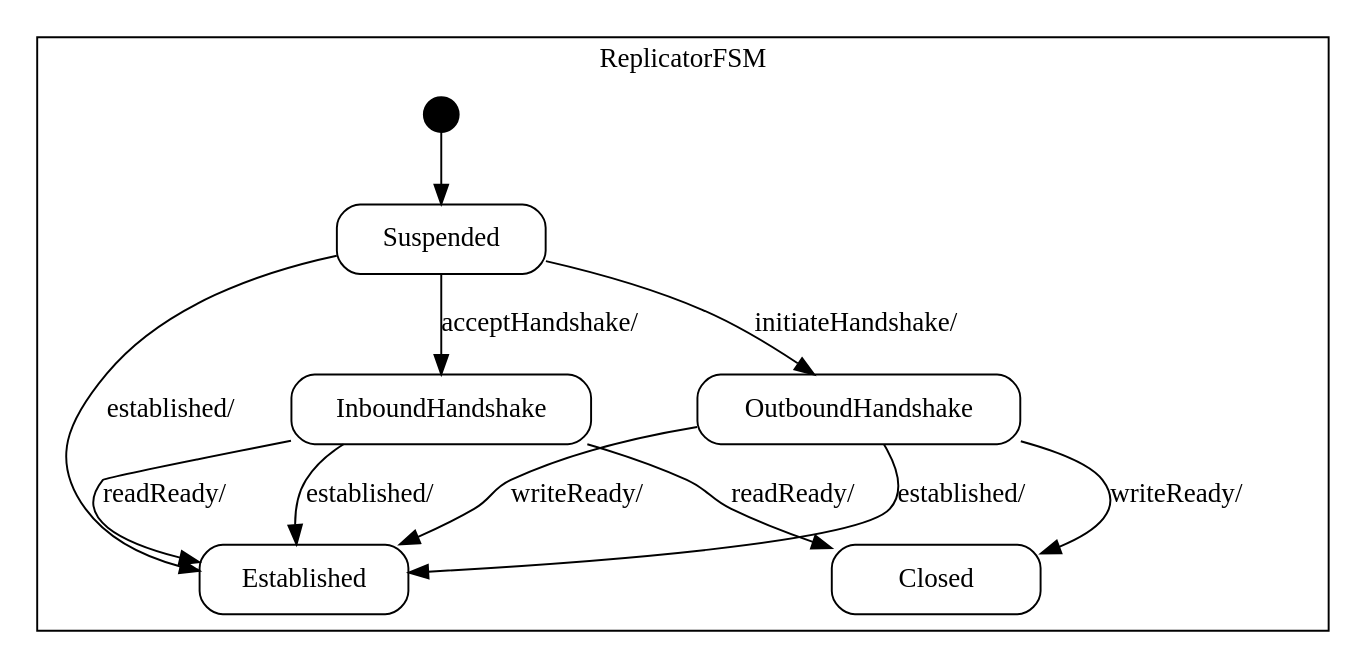
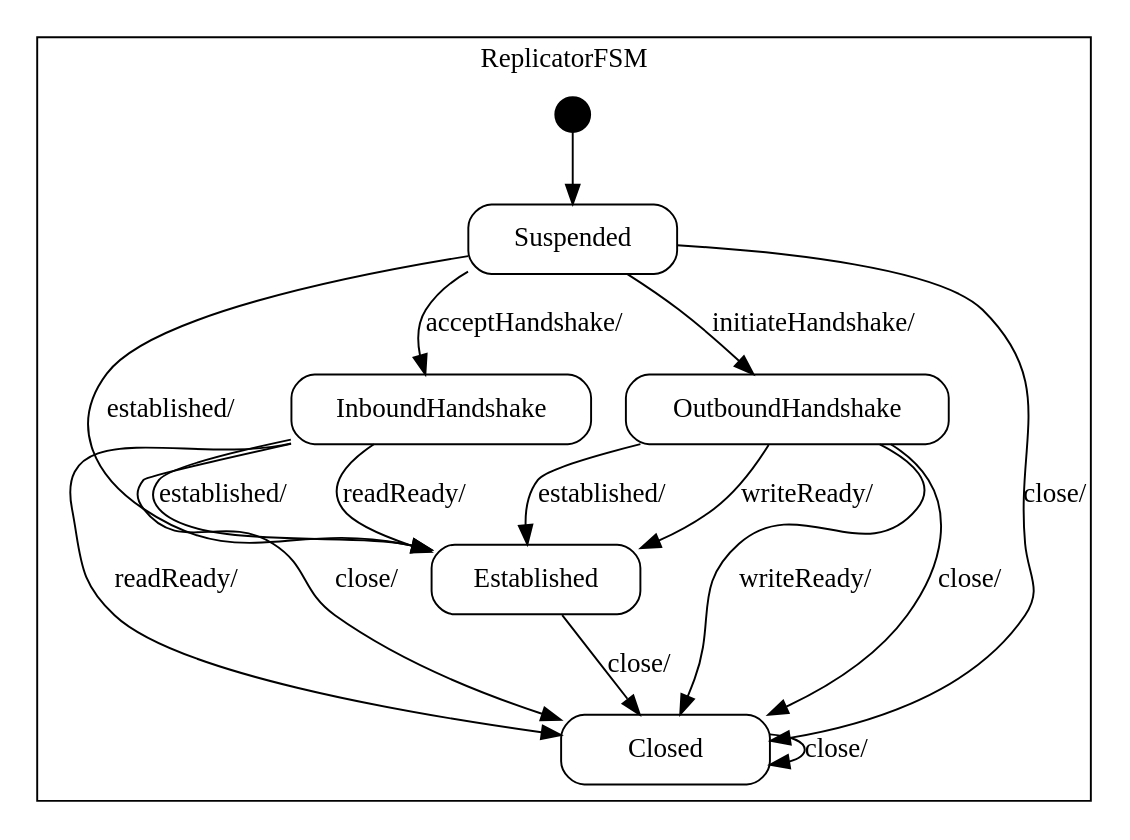
The diagram in spindle/doc/Replicator_sm.dot (vmehra-sfdc/Ouroboros), drawn with Graphviz before and after one commit. The commit also changed 38 other files, not shown here.

```diff
--- a/spindle/doc/Replicator_sm.dot
+++ b/spindle/doc/Replicator_sm.dot
@@ -1,66 +1,81 @@
 digraph Replicator {
 
     node
         [shape=Mrecord width=1.5];
 
     subgraph cluster_ReplicatorFSM {
 
         label="ReplicatorFSM";
 
         //
         // States (Nodes)
         //
 
         "ReplicatorFSM::Suspended"
             [label="{Suspended}"];
 
         "ReplicatorFSM::Established"
             [label="{Established}"];
 
         "ReplicatorFSM::InboundHandshake"
             [label="{InboundHandshake}"];
 
         "ReplicatorFSM::OutboundHandshake"
             [label="{OutboundHandshake}"];
 
         "ReplicatorFSM::Closed"
             [label="{Closed}"];
 
         "%start"
             [label="" shape=circle style=filled fillcolor=black width=0.25];
 
         //
         // Transitions (Edges)
         //
 
         "ReplicatorFSM::Suspended" -> "ReplicatorFSM::Established"
             [label="established/\l"];
 
         "ReplicatorFSM::Suspended" -> "ReplicatorFSM::OutboundHandshake"
             [label="initiateHandshake/\l"];
 
         "ReplicatorFSM::Suspended" -> "ReplicatorFSM::InboundHandshake"
             [label="acceptHandshake/\l"];
 
+        "ReplicatorFSM::Suspended" -> "ReplicatorFSM::Closed"
+            [label="close/\l"];
+
+        "ReplicatorFSM::Established" -> "ReplicatorFSM::Closed"
+            [label="close/\l"];
+
         "ReplicatorFSM::InboundHandshake" -> "ReplicatorFSM::Closed"
             [label="readReady/\l"];
 
         "ReplicatorFSM::InboundHandshake" -> "ReplicatorFSM::Established"
             [label="readReady/\l"];
 
         "ReplicatorFSM::InboundHandshake" -> "ReplicatorFSM::Established"
             [label="established/\l"];
+
+        "ReplicatorFSM::InboundHandshake" -> "ReplicatorFSM::Closed"
+            [label="close/\l"];
 
         "ReplicatorFSM::OutboundHandshake" -> "ReplicatorFSM::Closed"
             [label="writeReady/\l"];
 
         "ReplicatorFSM::OutboundHandshake" -> "ReplicatorFSM::Established"
             [label="writeReady/\l"];
 
         "ReplicatorFSM::OutboundHandshake" -> "ReplicatorFSM::Established"
             [label="established/\l"];
 
+        "ReplicatorFSM::OutboundHandshake" -> "ReplicatorFSM::Closed"
+            [label="close/\l"];
+
+        "ReplicatorFSM::Closed" -> "ReplicatorFSM::Closed"
+            [label="close/\l"];
+
         "%start" -> "ReplicatorFSM::Suspended"
     }
 
 }
```
